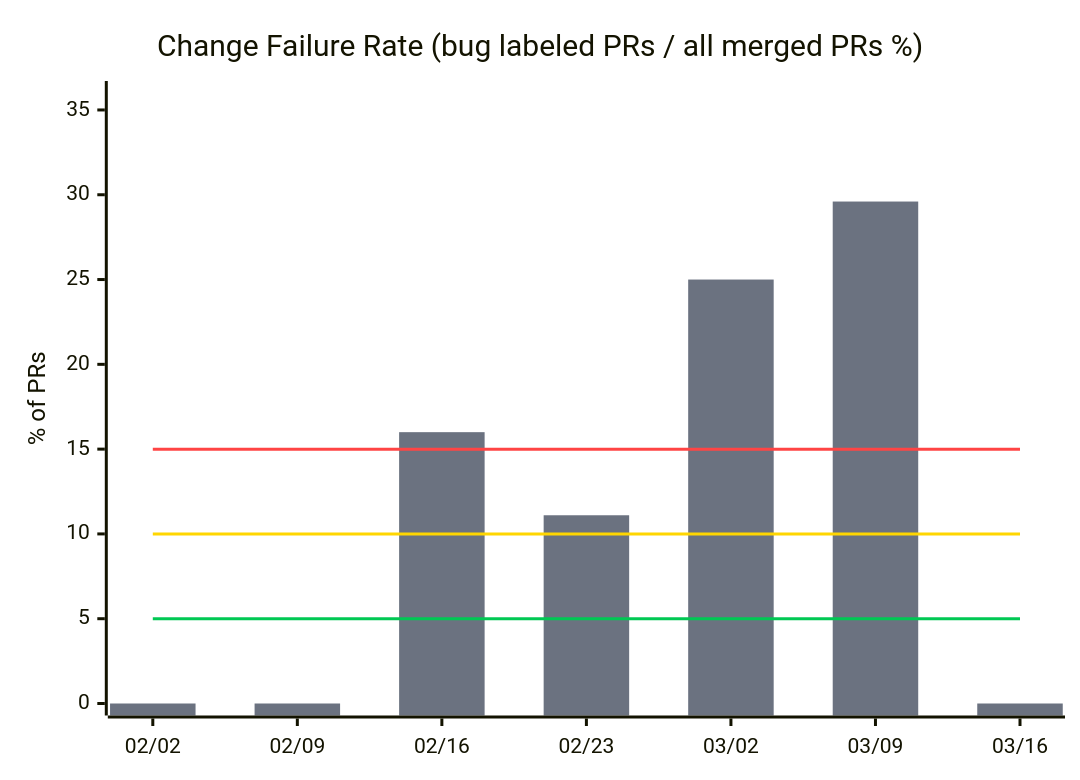
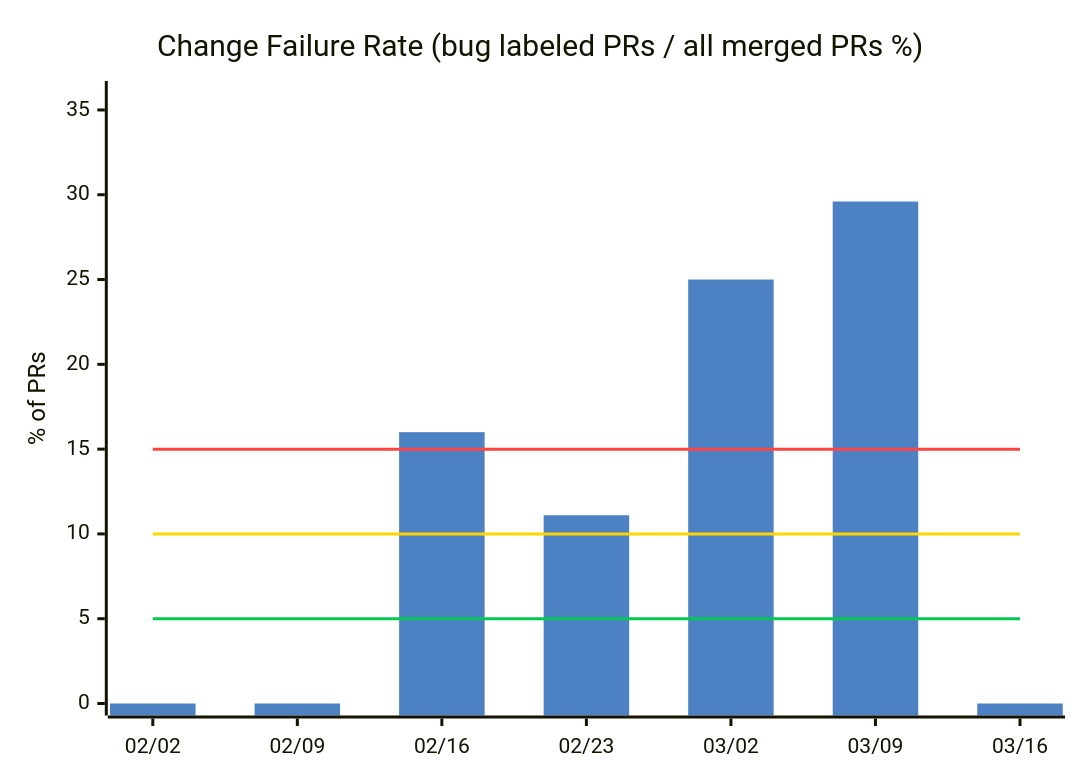
One commit to nablarch/nabledge-dev changed the third of 11 diagrams in docs/metrics.md. Above: the diagram before and after it, drawn with Mermaid. The commit also changed other lines of this file and 1 other file, not shown here.

Commit message:
experiment: add threshold lines to all DORA charts with legend

````diff
--- a/docs/metrics.md
+++ b/docs/metrics.md
@@ -60,11 +64,11 @@
 ```mermaid
-%%{init: {'theme': 'base', 'themeVariables': {'xyChart': {'plotColorPalette': '#6B7280,#00C853,#FFD600,#FF4444'}}}}%%
+%%{init: {'theme': 'base', 'themeVariables': {'xyChart': {'plotColorPalette': '#4C82C3,#00C853,#FFD600,#FF4444'}}}}%%
 xychart-beta
   title "Change Failure Rate (bug labeled PRs / all merged PRs %)"
   x-axis ["02/02", "02/09", "02/16", "02/23", "03/02", "03/09", "03/16"]
   y-axis "% of PRs" 0 --> 36
   bar [0, 0, 16, 11.1, 25, 29.6, 0]
   line [5, 5, 5, 5, 5, 5, 5]
   line [10, 10, 10, 10, 10, 10, 10]
   line [15, 15, 15, 15, 15, 15, 15]
 ```
````
